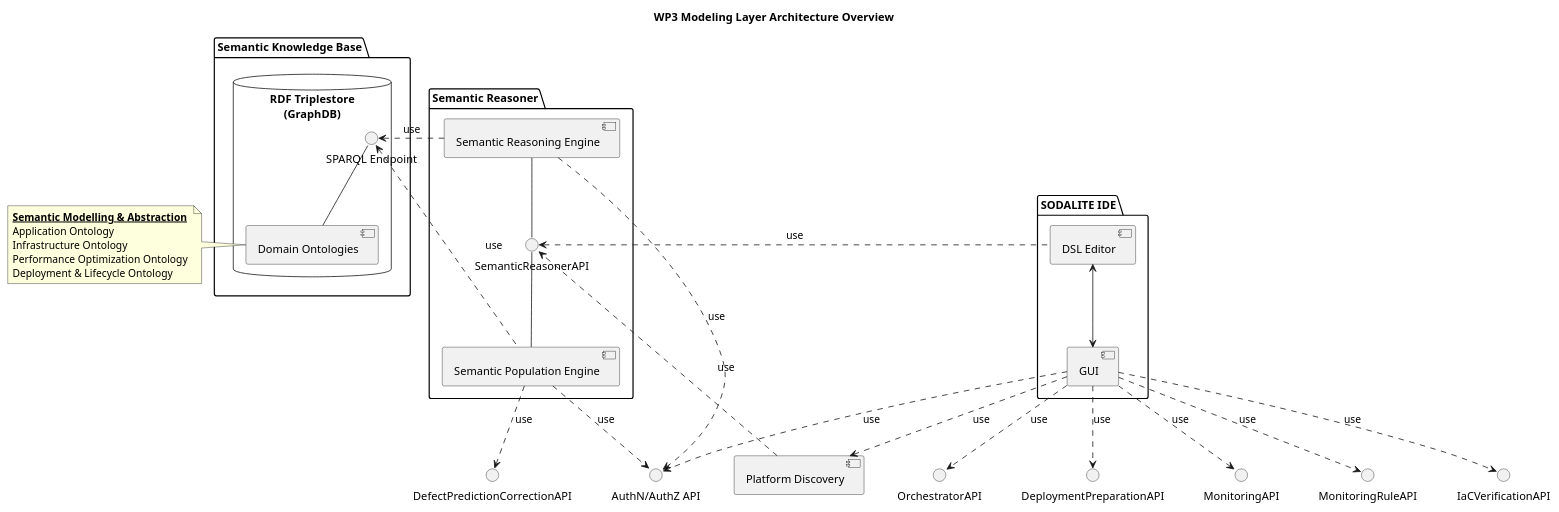
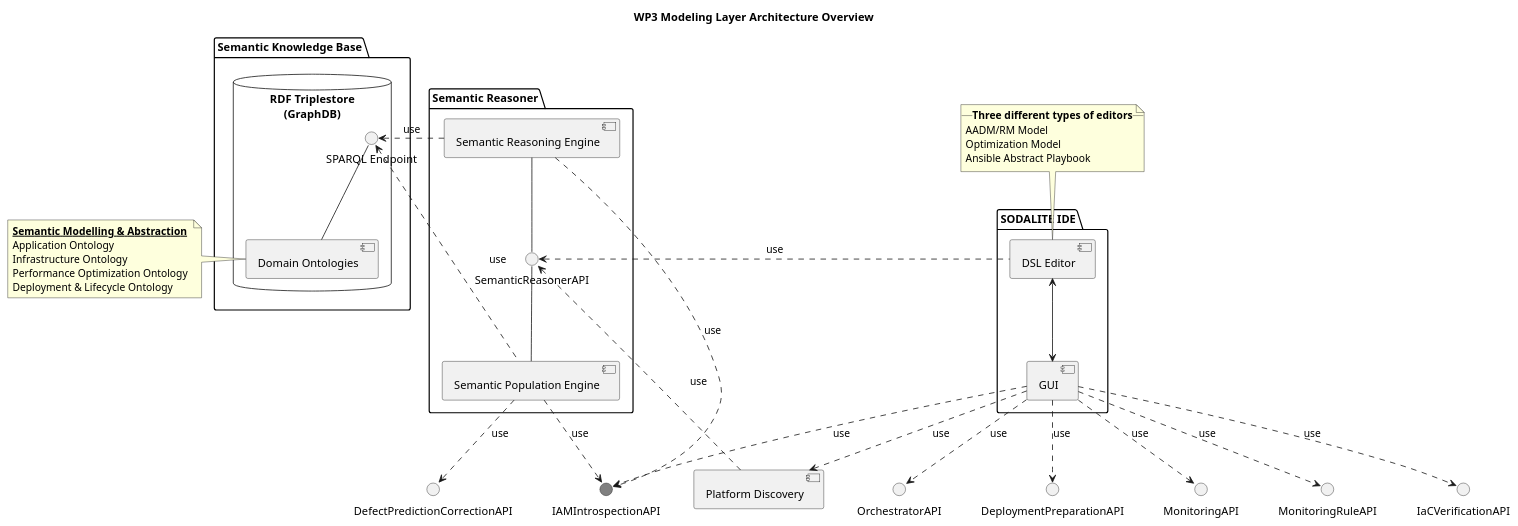
Before and after one commit to SODALITE-EU/project-wide-documentation: the diagram in uml/component-diagrams/CD-WP3-ArchitectureOverview.puml, drawn with PlantUML. The commit also changed 1 other file, not shown here.

Commit message:
UC12 + Editors in Modelling layer

```diff
--- a/uml/component-diagrams/CD-WP3-ArchitectureOverview.puml
+++ b/uml/component-diagrams/CD-WP3-ArchitectureOverview.puml
@@ -1,60 +1,67 @@
 @startuml
 
 title WP3 Modeling Layer Architecture Overview
 
-interface "AuthN/AuthZ API" as AAUAPI
+interface "IAMIntrospectionAPI" as AAUAPI #808080 
 interface "DeploymentPreparationAPI" as deploymentPreparationAPI
 interface "DefectPredictionCorrectionAPI" as correctionAPI
 interface "MonitoringAPI" as monitoringAPI
 interface "MonitoringRuleAPI" as monitoringRuleAPI
 interface "IaCVerificationAPI" as iacverificationAPI
 interface "OrchestratorAPI" as orchestratorAPI
 
 component "Platform Discovery" as PDS 
 package "SODALITE IDE" as IDE {
     component [DSL Editor] as ideDSLeditor
     component [GUI] as ideGUI
 }
+
+note top of [ideDSLeditor]
+ __**Three different types of editors**__
+ AADM/RM Model
+ Optimization Model
+ Ansible Abstract Playbook
+end note
 
 package "Semantic Reasoner" as res {
     interface "SemanticReasonerAPI" as resAPI
     component [Semantic Population Engine] as resPopulationEngine
     component [Semantic Reasoning Engine] as resReasoningEngine
 }
 
 package "Semantic Knowledge Base" as repo {
     database "RDF Triplestore\n(GraphDB)" as triplestore {
         interface "SPARQL Endpoint" as repoEndpoint
         component [Domain Ontologies] as repoOntologies
     }
 }
 
 note left of repoOntologies
    __**Semantic Modelling & Abstraction**__ 
    Application Ontology
    Infrastructure Ontology
    Performance Optimization Ontology
    Deployment & Lifecycle Ontology
 end note
 
 ideGUI ..> PDS : use
 PDS ..> resAPI : use
 resAPI -down- resPopulationEngine
 resAPI -up- resReasoningEngine
 ideDSLeditor .left.> resAPI: use
 ideDSLeditor <-down-> ideGUI
 repoOntologies -up- repoEndpoint
 resPopulationEngine .left.> repoEndpoint: use
 resReasoningEngine .left.> repoEndpoint: use
 resReasoningEngine ..> AAUAPI: use
 resPopulationEngine ..> correctionAPI: use
 resPopulationEngine ..> AAUAPI: use
 ideGUI ..> deploymentPreparationAPI : use
 ideGUI ..> monitoringAPI : use
 ideGUI ..> monitoringRuleAPI : use
 ideGUI ..> iacverificationAPI : use
 ideGUI ..> orchestratorAPI : use
 ideGUI ..> AAUAPI: use
 
 
 @enduml
```
